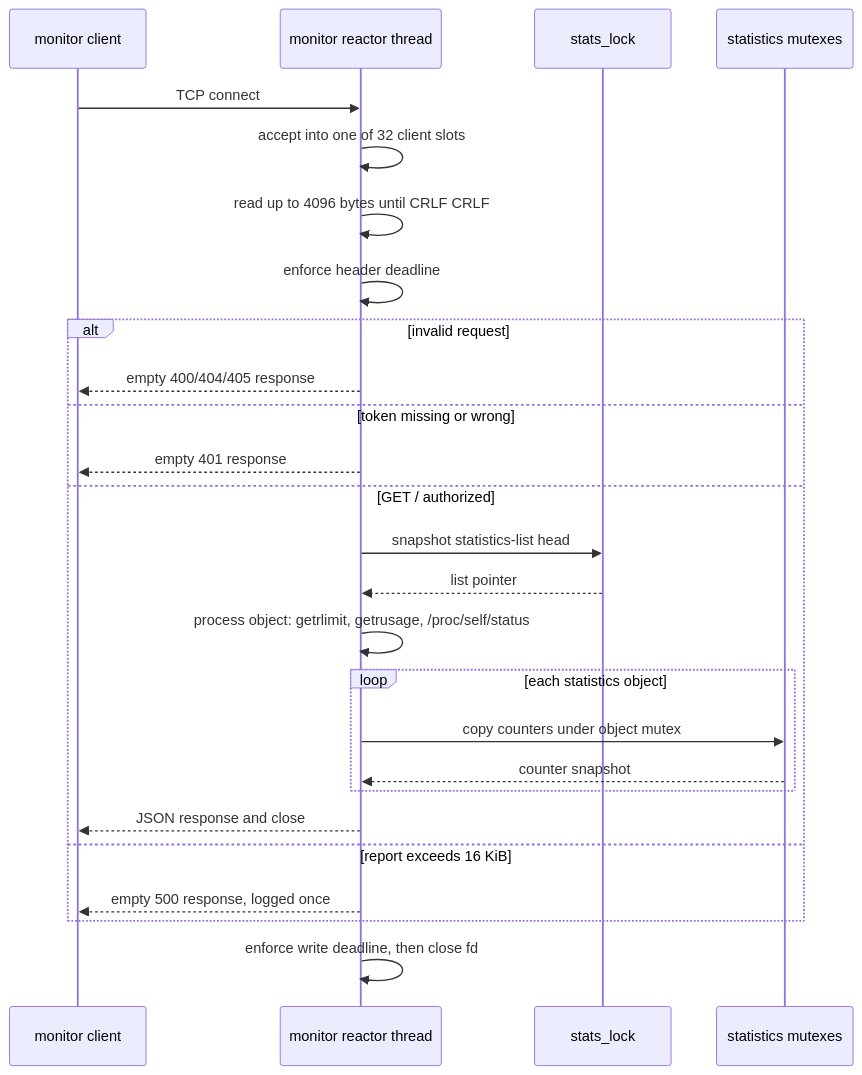
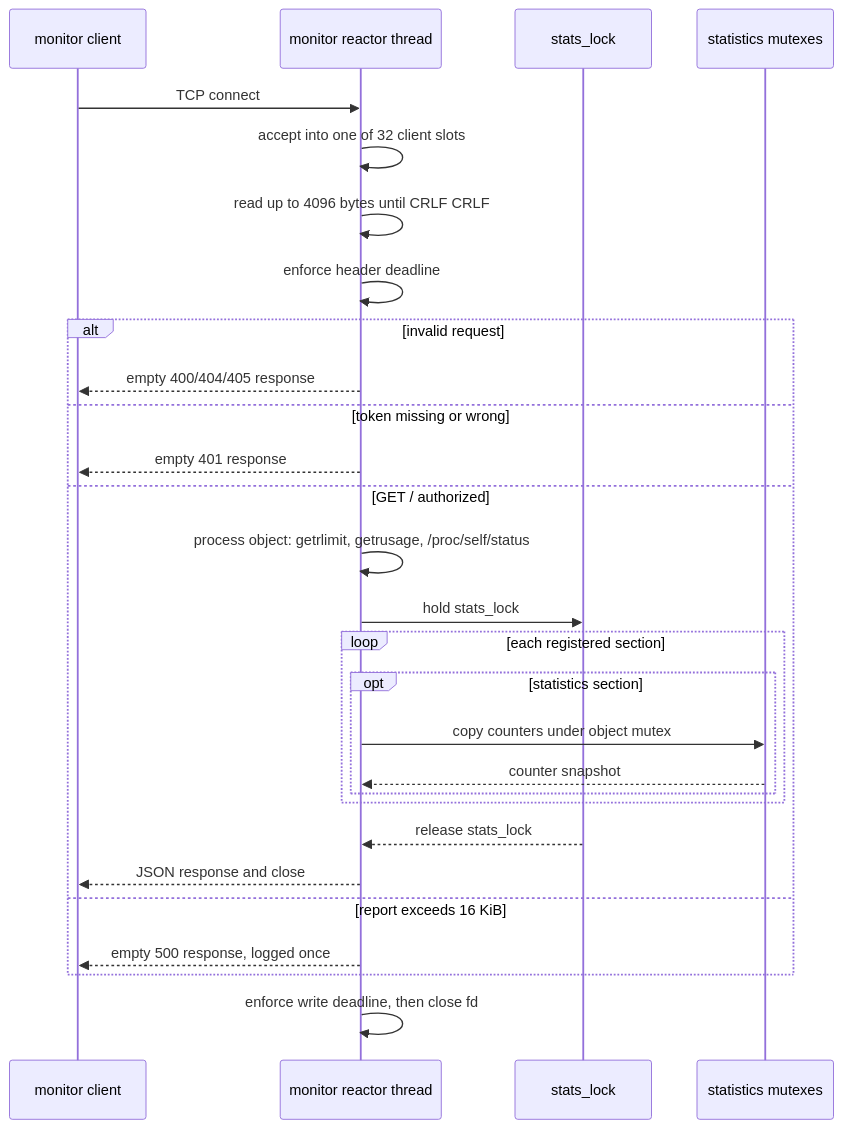
The eighth of 11 diagrams in ARCHITECTURE.md (0x7a657573/zroxy), drawn with Mermaid before and after one commit. The commit also changed other lines of this file and 5 other files, not shown here.

````diff
--- a/ARCHITECTURE.md
+++ b/ARCHITECTURE.md
@@ -828,29 +827,31 @@
 ```mermaid
 sequenceDiagram
     participant C as monitor client
     participant R as monitor reactor thread
     participant L as stats_lock
     participant S as statistics mutexes
 
     C->>R: TCP connect
     R->>R: accept into one of 32 client slots
     R->>R: read up to 4096 bytes until CRLF CRLF
     R->>R: enforce header deadline
     alt invalid request
         R-->>C: empty 400/404/405 response
     else token missing or wrong
         R-->>C: empty 401 response
     else GET / authorized
-        R->>L: snapshot statistics-list head
-        L-->>R: list pointer
         R->>R: process object: getrlimit, getrusage, /proc/self/status
-        loop each statistics object
-            R->>S: copy counters under object mutex
-            S-->>R: counter snapshot
+        R->>L: hold stats_lock
+        loop each registered section
+            opt statistics section
+                R->>S: copy counters under object mutex
+                S-->>R: counter snapshot
+            end
         end
+        L-->>R: release stats_lock
         R-->>C: JSON response and close
     else report exceeds 16 KiB
         R-->>C: empty 500 response, logged once
     end
     R->>R: enforce write deadline, then close fd
 ```
````
